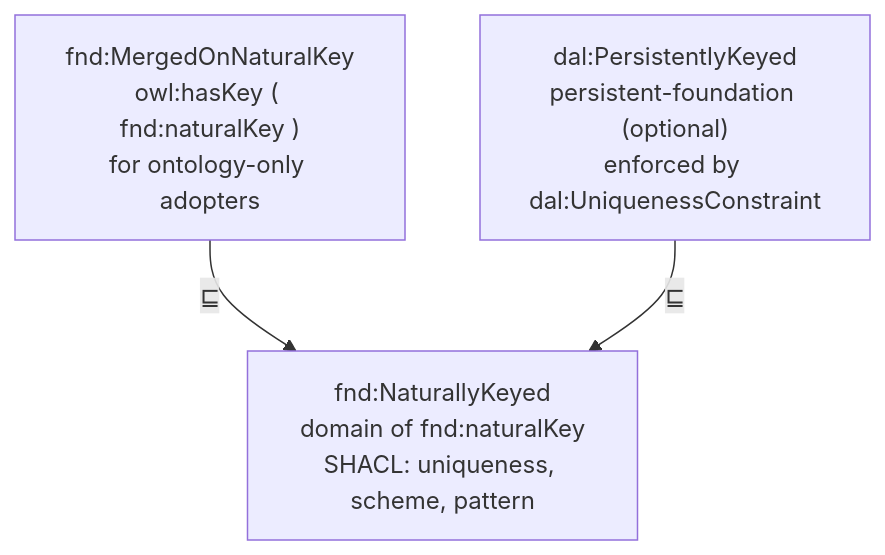
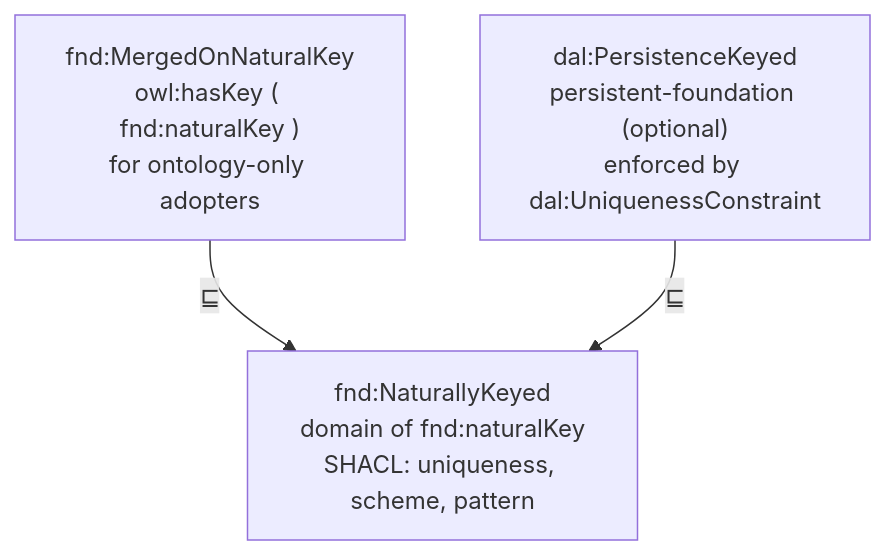
One commit to nebularis/lattice changed the diagram in docs/architecture/decisions/ADR-A114-external-and-natural-keys.md. Above: the diagram before and after it, drawn with Mermaid. The commit also changed other lines of this file and 4 other files, not shown here.

````diff
--- a/docs/architecture/decisions/ADR-A114-external-and-natural-keys.md
+++ b/docs/architecture/decisions/ADR-A114-external-and-natural-keys.md
@@ -140,8 +152,8 @@
    ```mermaid
    flowchart TB
        NK["fnd:NaturallyKeyed<br/>domain of fnd:naturalKey<br/>SHACL: uniqueness, scheme, pattern"]
        MK["fnd:MergedOnNaturalKey<br/>owl:hasKey ( fnd:naturalKey )<br/>for ontology-only adopters"]
-       PK["dal:PersistentlyKeyed<br/>persistent-foundation (optional)<br/>enforced by dal:UniquenessConstraint"]
+       PK["dal:PersistenceKeyed<br/>persistent-foundation (optional)<br/>enforced by dal:UniquenessConstraint"]
        MK -- "⊑" --> NK
        PK -- "⊑" --> NK
    ```
````
